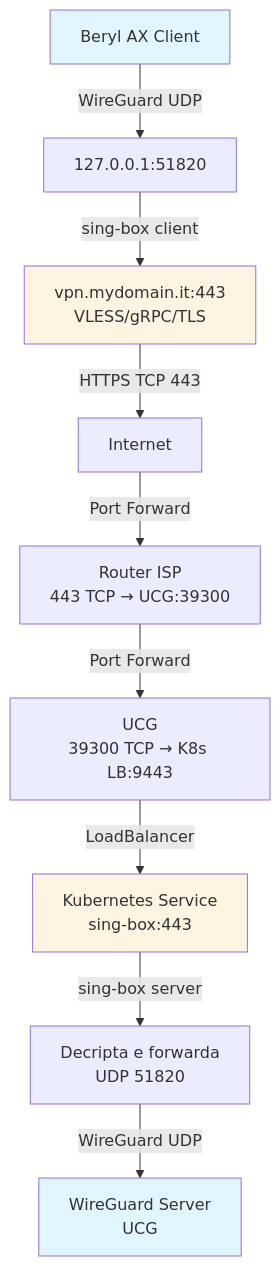
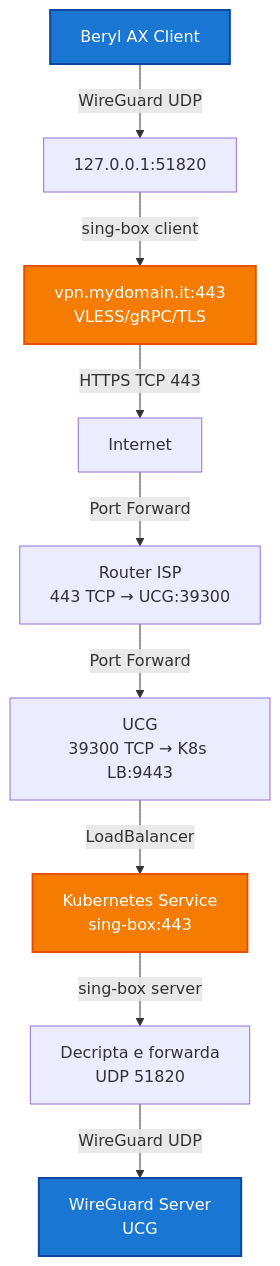
One commit to ildoc/homelab changed the diagram in docs/blog/posts/2026_01_21_wireguard_over_https_singbox.md. Above: the diagram before and after it, drawn with Mermaid.

````diff
--- a/docs/blog/posts/2026_01_21_wireguard_over_https_singbox.md
+++ b/docs/blog/posts/2026_01_21_wireguard_over_https_singbox.md
@@ -53,16 +53,16 @@
 ``` mermaid
 graph TB
     A[Beryl AX Client] -->|WireGuard UDP| B[127.0.0.1:51820]
     B -->|sing-box client| C[vpn.mydomain.it:443<br/>VLESS/gRPC/TLS]
     C -->|HTTPS TCP 443| D[Internet]
     D -->|Port Forward| E[Router ISP<br/>443 TCP → UCG:39300]
     E -->|Port Forward| F[UCG<br/>39300 TCP → K8s LB:9443]
     F -->|LoadBalancer| G[Kubernetes Service<br/>sing-box:443]
     G -->|sing-box server| H[Decripta e forwarda<br/>UDP 51820]
     H -->|WireGuard UDP| I[WireGuard Server<br/>UCG]
     
-    style A fill:#e1f5ff
-    style I fill:#e1f5ff
-    style C fill:#fff4e1
-    style G fill:#fff4e1
+    style A fill:#1976d2,stroke:#0d47a1,stroke-width:2px,color:#fff
+    style I fill:#1976d2,stroke:#0d47a1,stroke-width:2px,color:#fff
+    style C fill:#f57c00,stroke:#e65100,stroke-width:2px,color:#fff
+    style G fill:#f57c00,stroke:#e65100,stroke-width:2px,color:#fff
 ```
````
